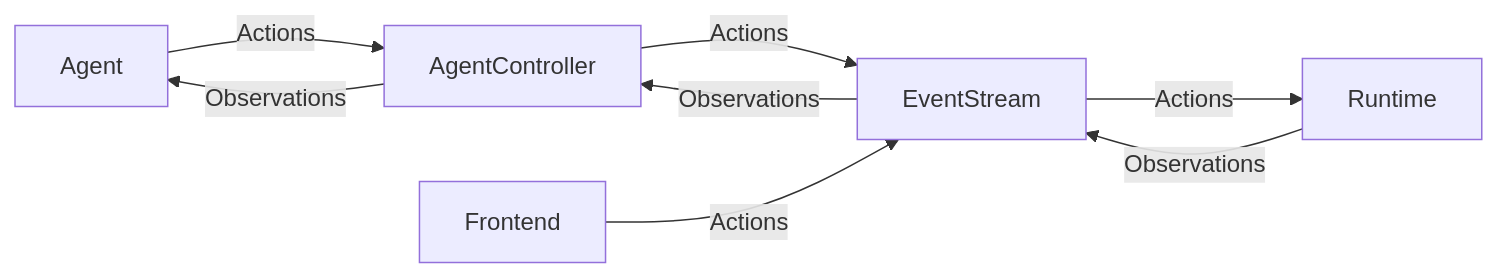
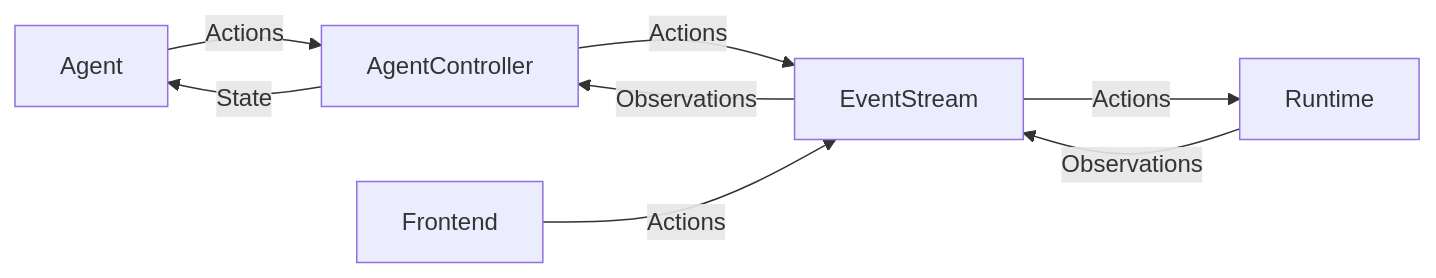
The diagram in opendevin/README.md (All-Hands-AI/OpenHands), drawn with Mermaid before and after one commit. The commit also changed other lines of this file, not shown here.

````diff
--- a/opendevin/README.md
+++ b/opendevin/README.md
@@ -23,10 +35,10 @@
 ```mermaid
 flowchart LR
   Agent--Actions-->AgentController
-  AgentController--Observations-->Agent
+  AgentController--State-->Agent
   AgentController--Actions-->EventStream
   EventStream--Observations-->AgentController
   Runtime--Observations-->EventStream
   EventStream--Actions-->Runtime
   Frontend--Actions-->EventStream
 ```
````
